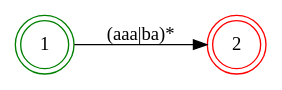
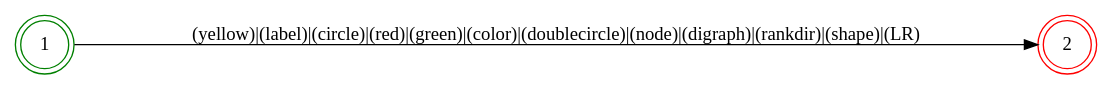
The diagram in scripts/lua/dot/NDF.dot (v012345/lua5.4.4), drawn with Graphviz before and after one commit. The commit also changed 4 other files, not shown here.

```diff
--- a/scripts/lua/dot/NDF.dot
+++ b/scripts/lua/dot/NDF.dot
@@ -1,9 +1,8 @@
 digraph NDF {
     rankdir = LR;
-    size = "8,5";
     node [shape = doublecircle;];
     1 [color = green;];
     2 [color = red;];
     node [shape = circle;];
-    1 -> 2 [label = "(aaa|ba)*";];
+    1 -> 2 [label = "(yellow)|(label)|(circle)|(red)|(green)|(color)|(doublecircle)|(node)|(digraph)|(rankdir)|(shape)|(LR)";];
 }
```
